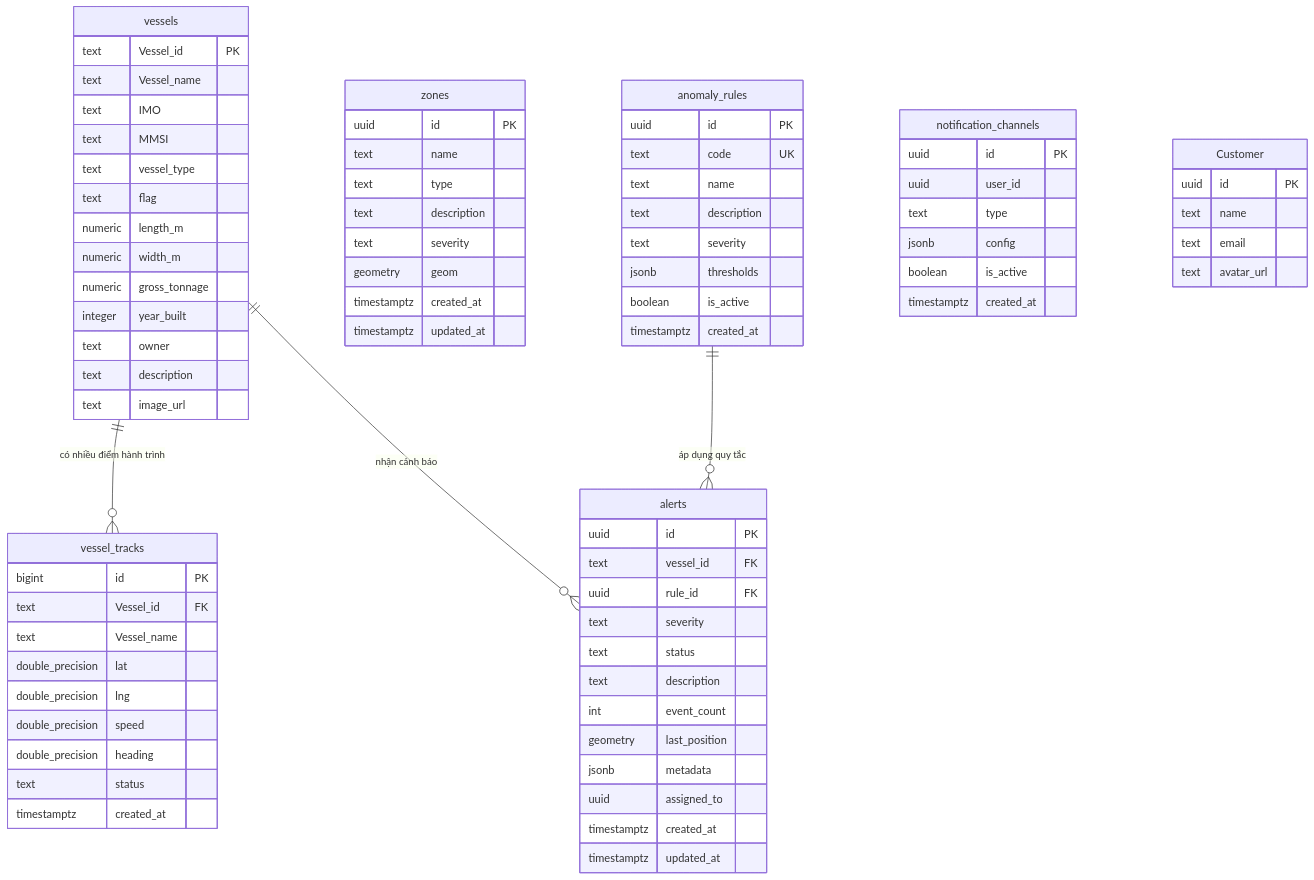
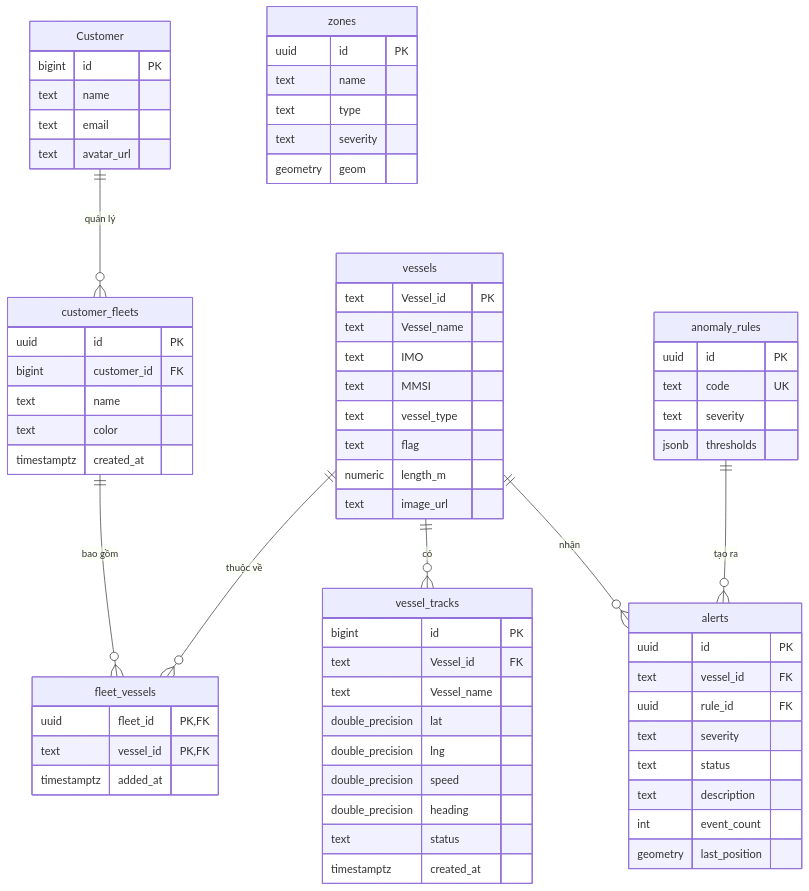
Before and after one commit to sonpham197/VMS-VSP-: the diagram in DATABASE_DESIGN.md, drawn with Mermaid. The commit also changed other lines of this file and 17 other files, not shown here.

````diff
--- a/DATABASE_DESIGN.md
+++ b/DATABASE_DESIGN.md
@@ -21,5 +27,20 @@
 ```mermaid
 erDiagram
+    Customer {
+        bigint id PK
+        text name
+        text email
+        text avatar_url
+    }
+
+    customer_fleets {
+        uuid id PK
+        bigint customer_id FK
+        text name
+        text color
+        timestamptz created_at
+    }
+
     vessels {
         text Vessel_id PK
         text Vessel_name
@@ -28,12 +49,13 @@
         text vessel_type
         text flag
         numeric length_m
-        numeric width_m
-        numeric gross_tonnage
-        integer year_built
-        text owner
-        text description
         text image_url
+    }
+
+    fleet_vessels {
+        uuid fleet_id PK,FK
+        text vessel_id PK,FK
+        timestamptz added_at
     }
 
     vessel_tracks {
@@ -52,22 +74,15 @@
         uuid id PK
         text name
         text type
-        text description
         text severity
         geometry geom
-        timestamptz created_at
-        timestamptz updated_at
     }
 
     anomaly_rules {
         uuid id PK
         text code UK
-        text name
-        text description
         text severity
         jsonb thresholds
-        boolean is_active
-        timestamptz created_at
     }
 
     alerts {
@@ -79,29 +94,12 @@
         text description
         int event_count
         geometry last_position
-        jsonb metadata
-        uuid assigned_to
-        timestamptz created_at
-        timestamptz updated_at
     }
 
-    notification_channels {
-        uuid id PK
-        uuid user_id
-        text type
-        jsonb config
-        boolean is_active
-        timestamptz created_at
-    }
-
-    Customer {
-        uuid id PK
-        text name
-        text email
-        text avatar_url
-    }
-
-    vessels ||--o{ vessel_tracks : "có nhiều điểm hành trình"
-    vessels ||--o{ alerts : "nhận cảnh báo"
-    anomaly_rules ||--o{ alerts : "áp dụng quy tắc"
+    Customer ||--o{ customer_fleets : "quản lý"
+    customer_fleets ||--o{ fleet_vessels : "bao gồm"
+    vessels ||--o{ fleet_vessels : "thuộc về"
+    vessels ||--o{ vessel_tracks : "có"
+    vessels ||--o{ alerts : "nhận"
+    anomaly_rules ||--o{ alerts : "tạo ra"
 ```
````
